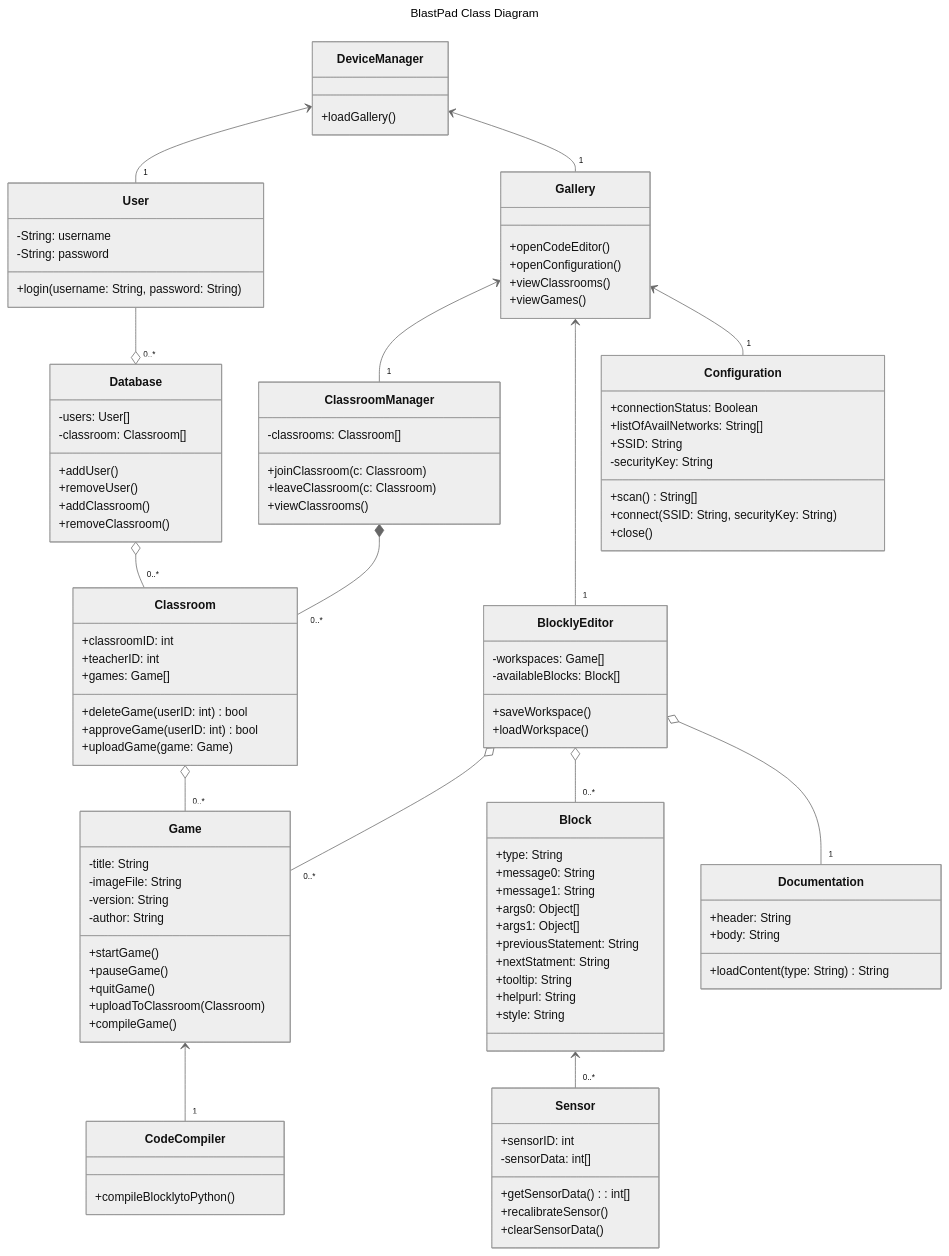
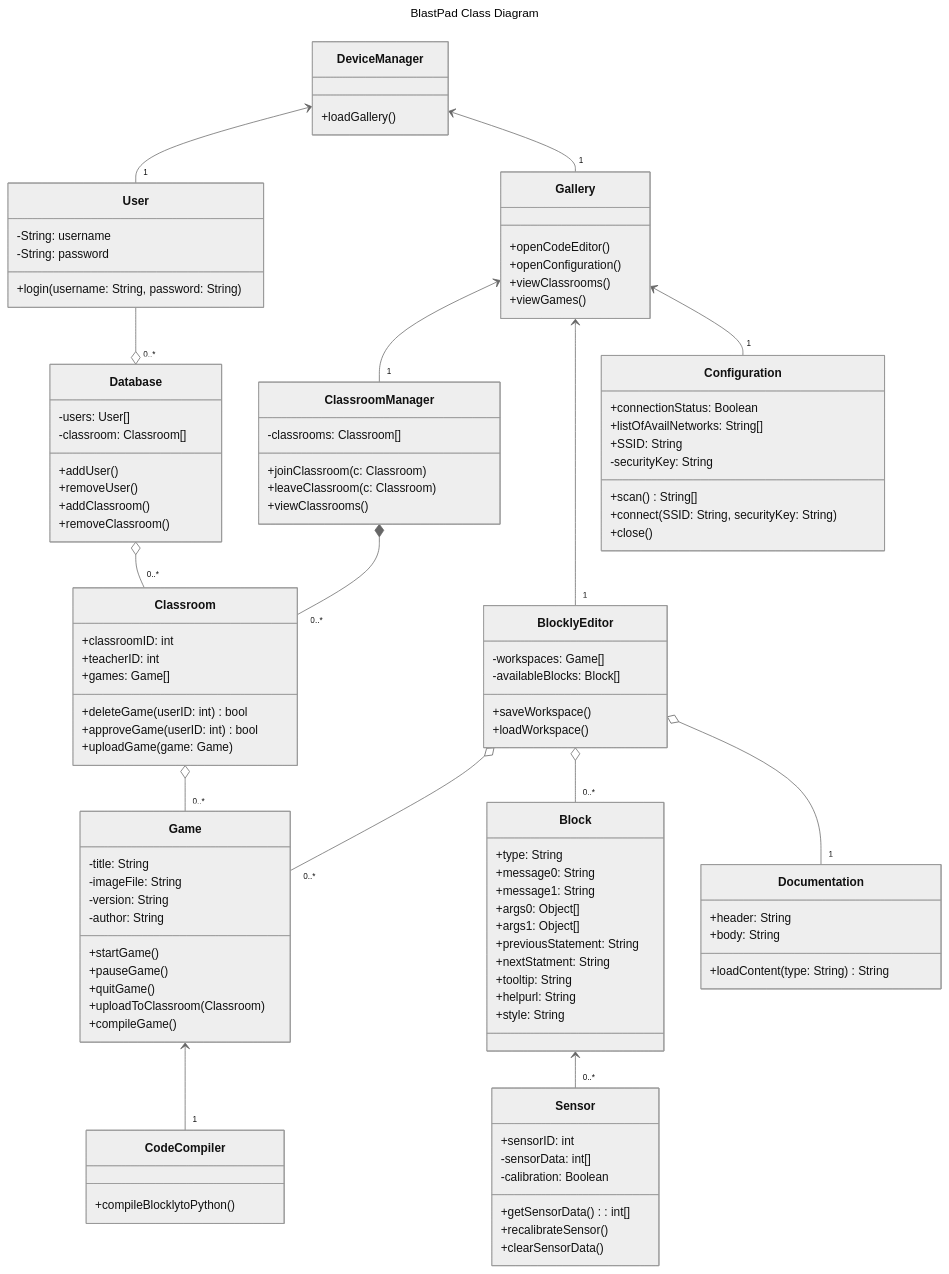
Before and after one commit to Capstone-Projects-2024-Spring/project-blastpad: the first of 13 diagrams in documentation/docs/system-architecture/design.md, drawn with Mermaid (neutral theme). The commit also changed 1 other file, not shown here.

Commit message:
Finished writing unit test docs for Sensor, Configuration, and Documentation objects.

```diff
--- a/documentation/docs/system-architecture/design.md
+++ b/documentation/docs/system-architecture/design.md
@@ -60,6 +60,7 @@
     class Sensor {
 		+sensorID: int
 		-sensorData: int[]
+		-calibration: Boolean
 
 		+getSensorData(): int[]
 		+recalibrateSensor()
```
